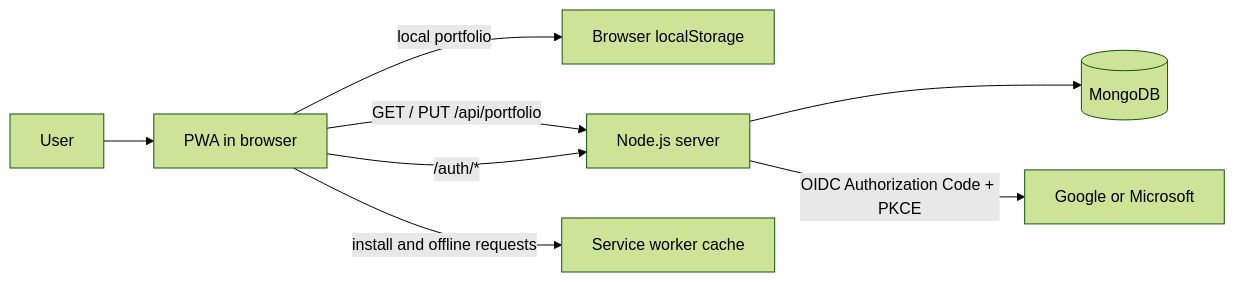
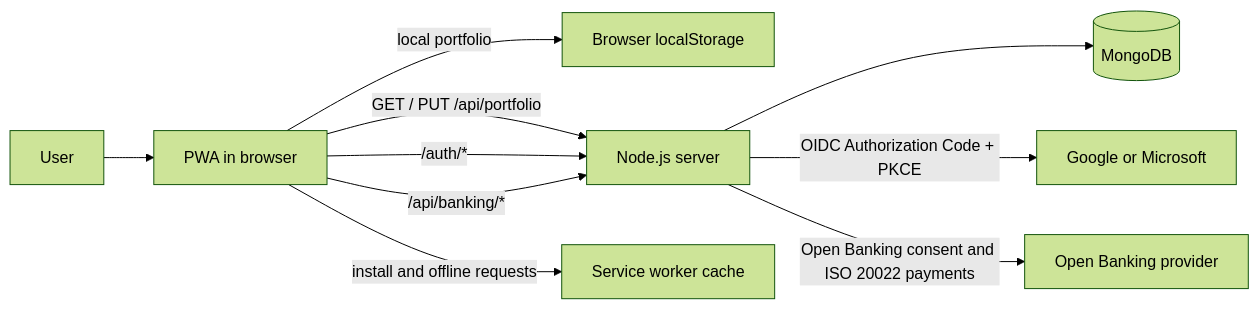
The first of 3 diagrams in docs/architecture.md (charles2ke/OpenTrading), drawn with Mermaid (forest theme) before and after one commit. The commit also changed other lines of this file and 33 other files, not shown here.

Commit message:
Add bank connections and ISO 20022 secure transfers

````diff
--- a/docs/architecture.md
+++ b/docs/architecture.md
@@ -7,10 +7,12 @@
 ```mermaid
 flowchart LR
   User[User] --> Browser[PWA in browser]
   Browser -->|local portfolio| LocalStorage[Browser localStorage]
   Browser -->|GET / PUT /api/portfolio| Server[Node.js server]
   Browser -->|/auth/*| Server
   Browser -->|install and offline requests| SW[Service worker cache]
+  Browser -->|/api/banking/*| Server
   Server --> MongoDB[(MongoDB)]
   Server -->|OIDC Authorization Code + PKCE| IdP[Google or Microsoft]
+  Server -->|Open Banking consent and ISO 20022 payments| Bank[Open Banking provider]
 ```
````
